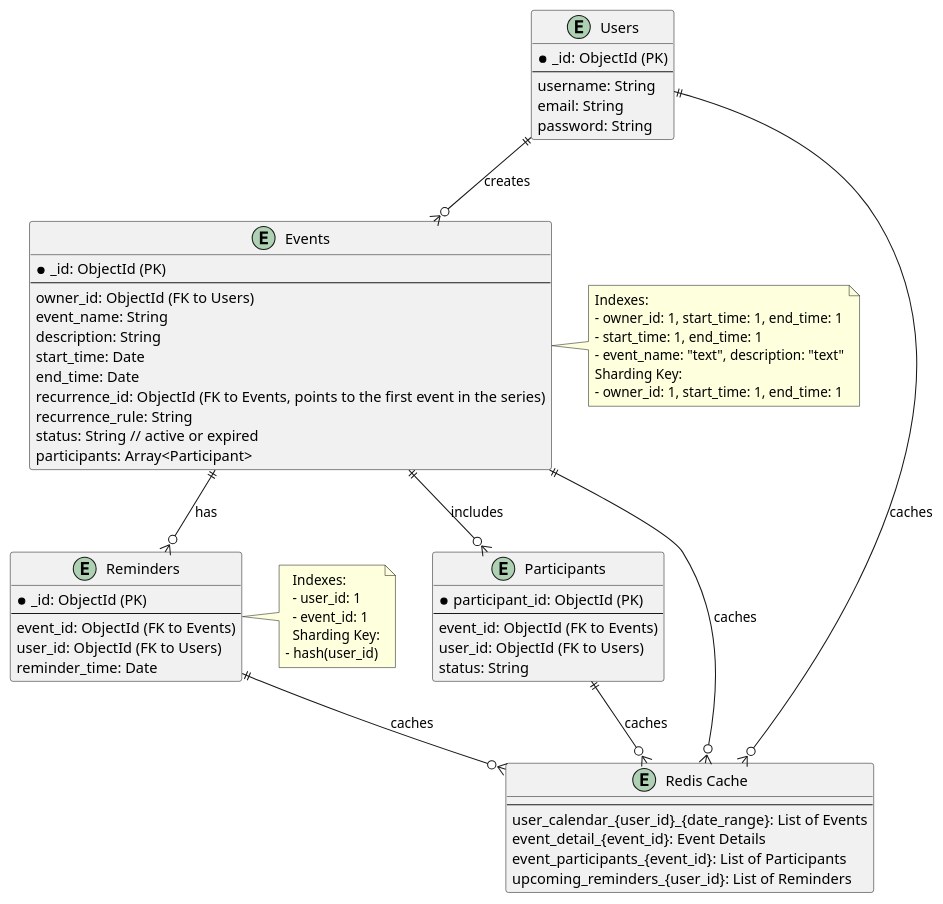
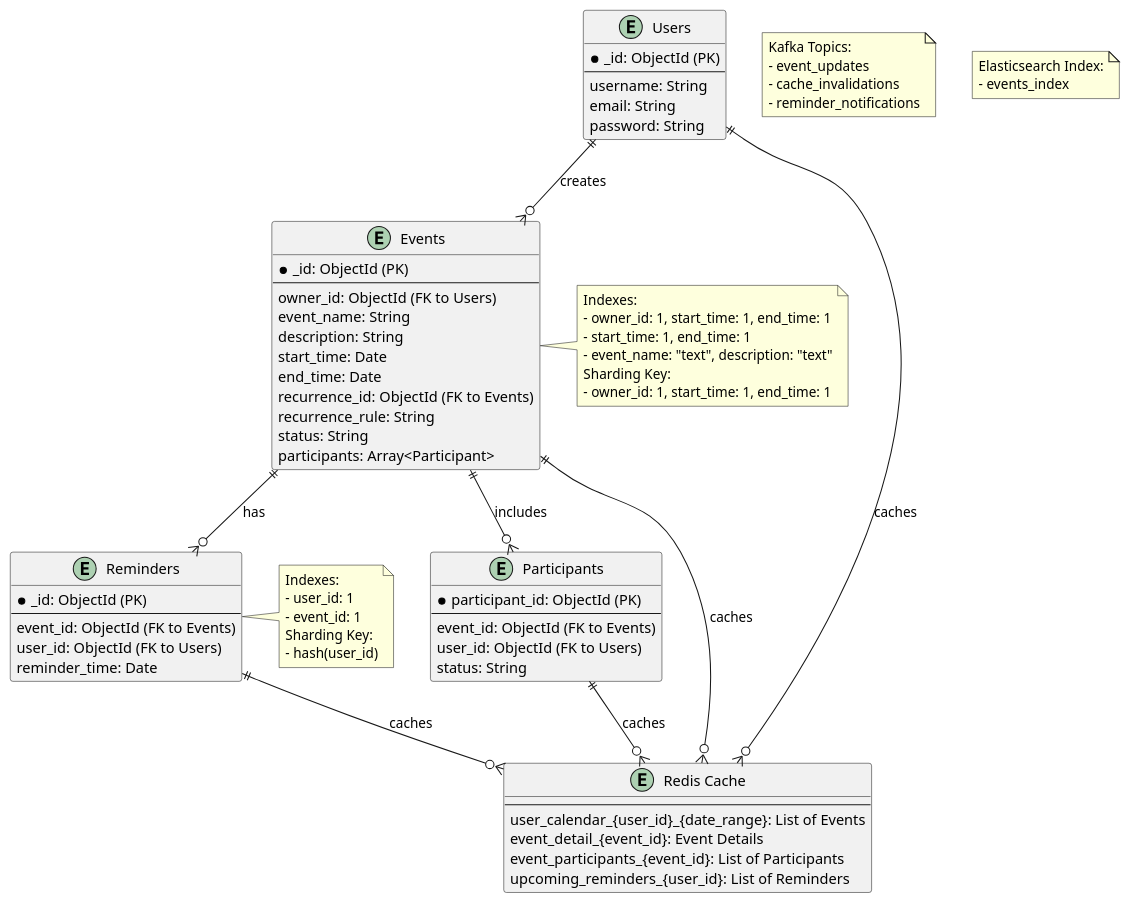
One commit to huangyingw/system_design changed the diagram in high_traffic_calendar/high_traffic_calendar_mongodb_design.puml. Above: the diagram before and after it, drawn with PlantUML.

```diff
--- a/high_traffic_calendar/high_traffic_calendar_mongodb_design.puml
+++ b/high_traffic_calendar/high_traffic_calendar_mongodb_design.puml
@@ -1,74 +1,78 @@
 @startuml
 
 entity "Users" as U {
   *_id: ObjectId (PK)
   --
   username: String
   email: String
   password: String
 }
 
 entity "Events" as E {
   *_id: ObjectId (PK)
   --
   owner_id: ObjectId (FK to Users)
   event_name: String
   description: String
   start_time: Date
   end_time: Date
-  recurrence_id: ObjectId (FK to Events, points to the first event in the series)
+  recurrence_id: ObjectId (FK to Events)
   recurrence_rule: String
-  status: String // active or expired
+  status: String
   participants: Array<Participant>
 }
 
 entity "Participants" as P {
   *participant_id: ObjectId (PK)
   --
   event_id: ObjectId (FK to Events)
   user_id: ObjectId (FK to Users)
   status: String
 }
 
 entity "Reminders" as R {
   *_id: ObjectId (PK)
   --
   event_id: ObjectId (FK to Events)
   user_id: ObjectId (FK to Users)
   reminder_time: Date
 }
 
 entity "Redis Cache" as C {
   --
   user_calendar_{user_id}_{date_range}: List of Events
   event_detail_{event_id}: Event Details
   event_participants_{event_id}: List of Participants
   upcoming_reminders_{user_id}: List of Reminders
 }
 
 note right of E
   Indexes:
   - owner_id: 1, start_time: 1, end_time: 1
   - start_time: 1, end_time: 1
   - event_name: "text", description: "text"
   Sharding Key:
   - owner_id: 1, start_time: 1, end_time: 1
 end note
 
 note right of R
-    Indexes:
-    - user_id: 1
-    - event_id: 1
-    Sharding Key:
+  Indexes:
+  - user_id: 1
+  - event_id: 1
+  Sharding Key:
   - hash(user_id)
-  end note
+end note
+
+note "Kafka Topics:\n- event_updates\n- cache_invalidations\n- reminder_notifications" as KT
+
+note "Elasticsearch Index:\n- events_index" as ESI
 
 U ||--o{ E : creates
 E ||--o{ P : includes
 E ||--o{ R : has
 U ||--o{ C : caches
 E ||--o{ C : caches
 P ||--o{ C : caches
 R ||--o{ C : caches
 
 @enduml
```
